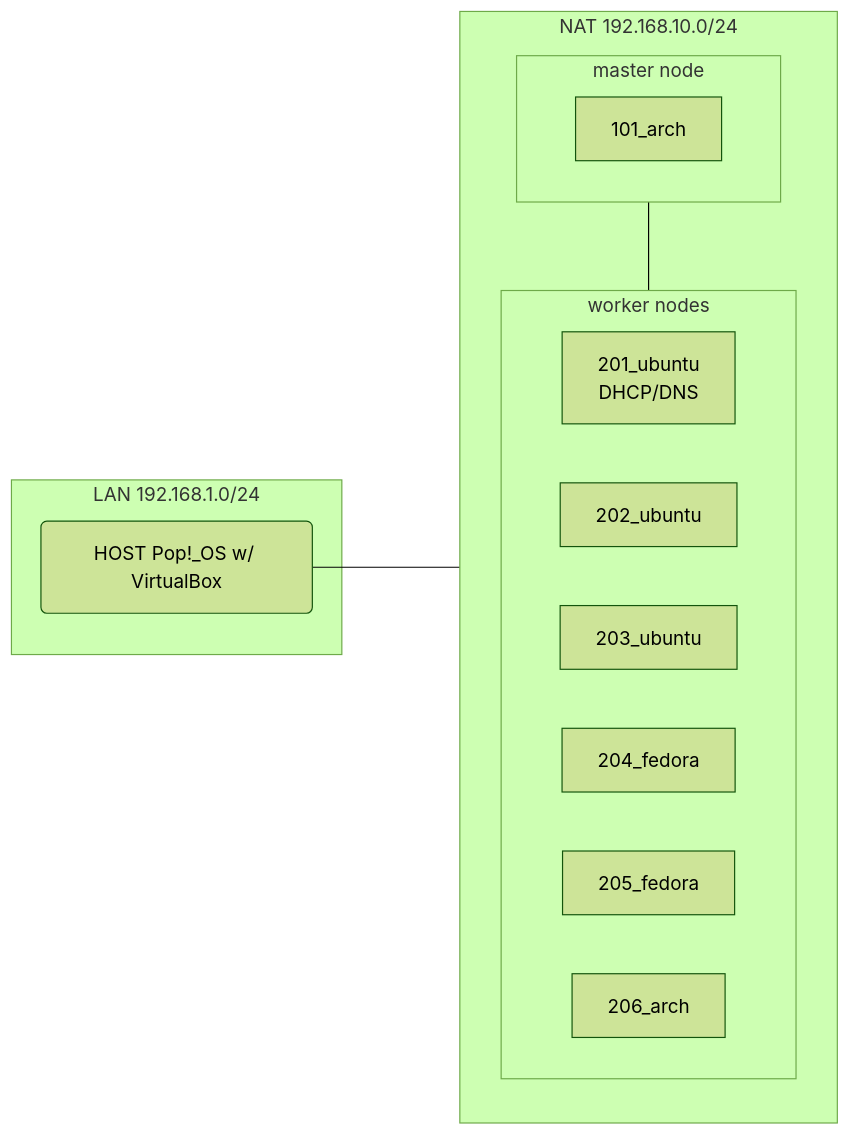
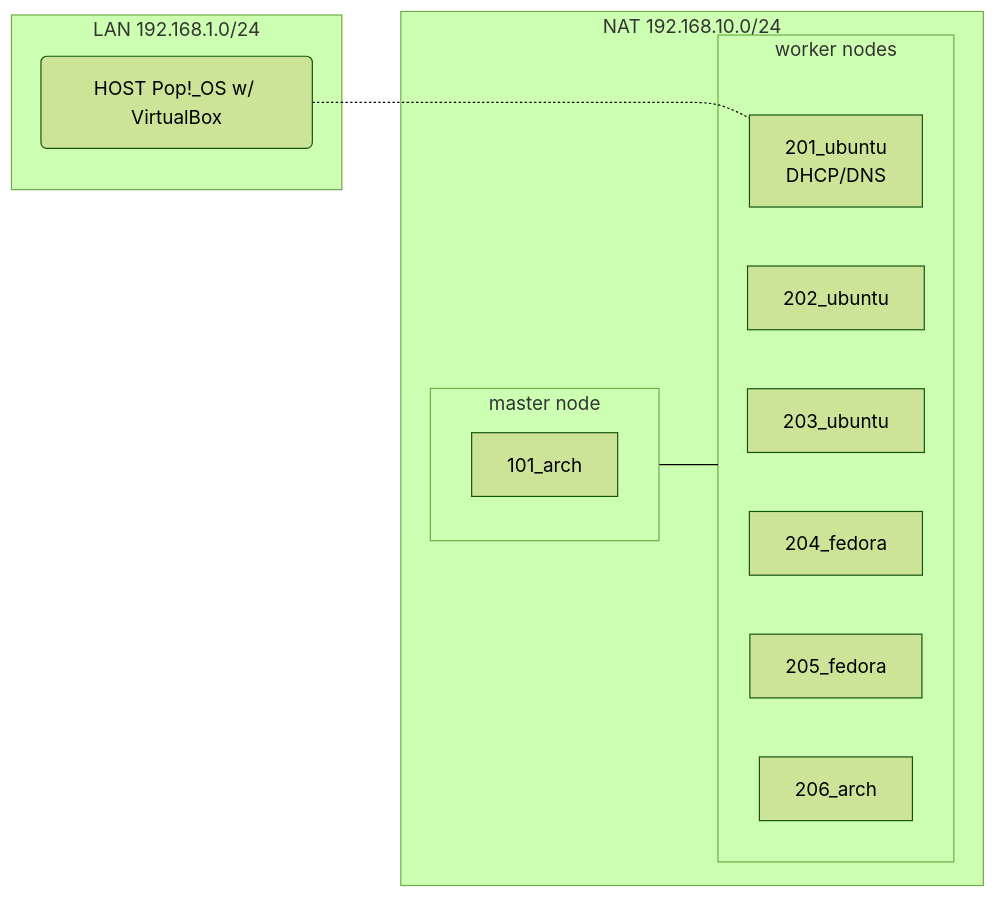
The diagram in README.md (pabloqpacin/k8s-bs), drawn with Mermaid (forest theme) before and after one commit. The commit also changed other lines of this file and 1 other file, not shown here.

````diff
--- a/README.md
+++ b/README.md
@@ -8,27 +8,27 @@
 ```mermaid
     flowchart LR;
 
 subgraph LAN[LAN 192.168.1.0/24]
 HOST(HOST Pop!_OS w/ VirtualBox)
 end
 
-HOST ---- NAT
+HOST -..- 201_ubuntu
 
 
 subgraph NAT[NAT 192.168.10.0/24]
 subgraph master[master node]
 101_arch
 end
 
 master --- workers
 
 subgraph workers[worker nodes]
 201_ubuntu[201_ubuntu<br>DHCP/DNS]
 202_ubuntu
 203_ubuntu
 204_fedora
 205_fedora
 206_arch
 end
 end
 ```
````
